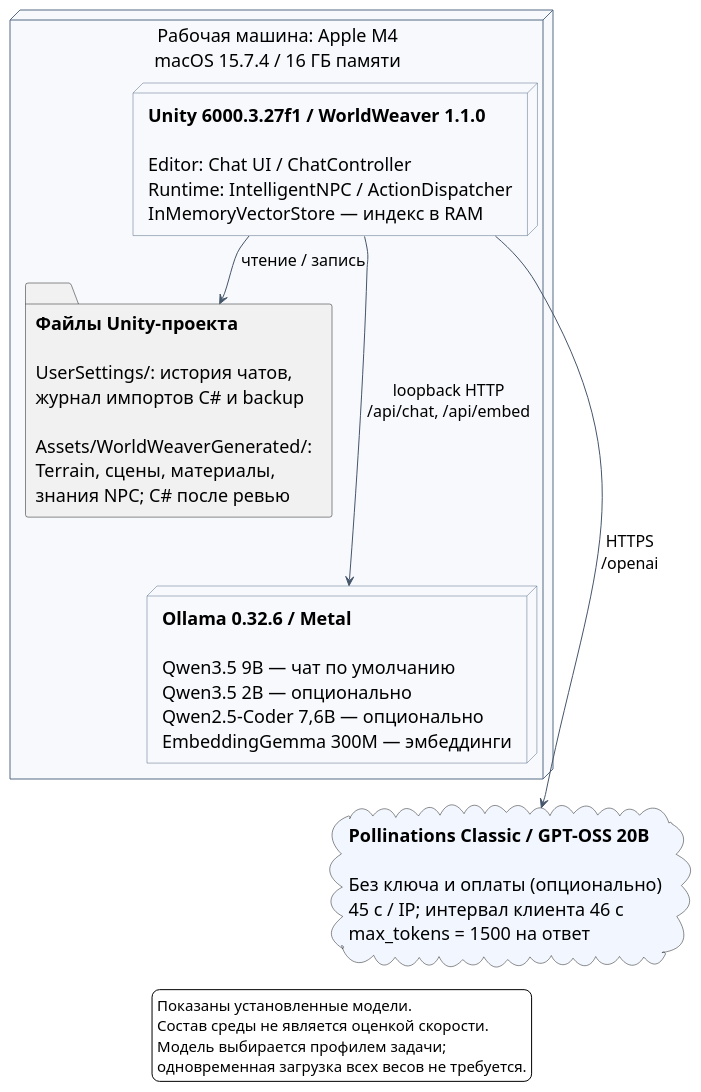
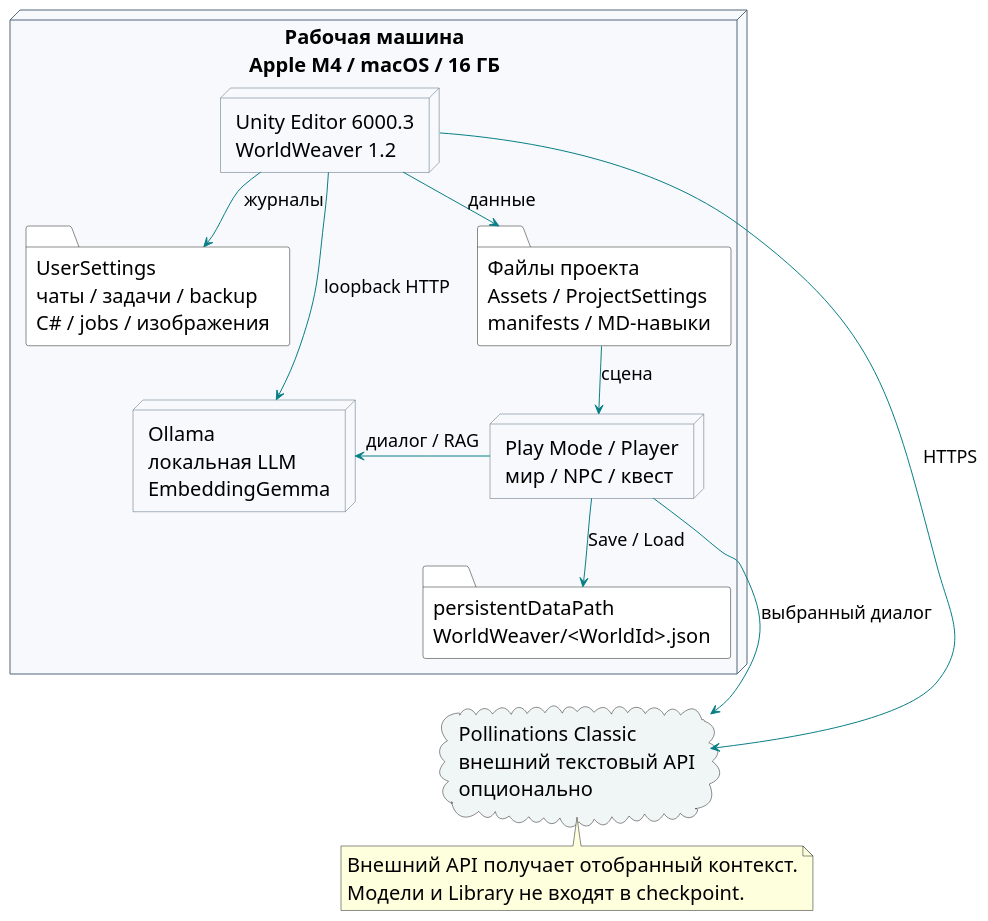
Before and after one commit to saslekawaiii/scenepilot-unity: the diagram in docs/uml/deployment.puml, drawn with PlantUML. The commit also changed 613 other files, not shown here.

First line of the commit message:
Implement WorldWeaver 1.2 agent, gameplay and model connections

```diff
--- a/docs/uml/deployment.puml
+++ b/docs/uml/deployment.puml
@@ -1,37 +1,39 @@
 @startuml
-' Current physical deployment; the previous runtime 1.0 figure has an archived manifest.
 skinparam defaultFontName Arial
-skinparam defaultFontSize 18
+skinparam defaultFontSize 20
+skinparam ArrowFontSize 18
 skinparam shadowing false
-skinparam backgroundColor white
+skinparam ArrowColor #087F86
 skinparam nodesep 20
-skinparam ranksep 24
-skinparam ArrowColor #45556A
-skinparam ArrowFontSize 16
-skinparam nodeFontStyle plain
+skinparam ranksep 28
 skinparam nodeBackgroundColor #F7F9FC
-skinparam nodeBorderColor #566B85
-skinparam cloudBackgroundColor #F2F7FF
-skinparam legendFontSize 15
+skinparam nodeBorderColor #52677A
+skinparam folderBackgroundColor white
+skinparam cloudBackgroundColor #F0F6F5
 top to bottom direction
-
-node "Рабочая машина: Apple M4\nmacOS 15.7.4 / 16 ГБ памяти" as Host {
-  node "<b>Unity 6000.3.27f1 / WorldWeaver 1.1.0</b>\n\nEditor: Chat UI / ChatController\nRuntime: IntelligentNPC / ActionDispatcher\nInMemoryVectorStore — индекс в RAM" as Unity
-  folder "<b>Файлы Unity-проекта</b>\n\nUserSettings/: история чатов,\nжурнал импортов C# и backup\n\nAssets/WorldWeaverGenerated/:\nTerrain, сцены, материалы,\nзнания NPC; C# после ревью" as Files
-  node "<b>Ollama 0.32.6 / Metal</b>\n\nQwen3.5 9B — чат по умолчанию\nQwen3.5 2B — опционально\nQwen2.5-Coder 7,6B — опционально\nEmbeddingGemma 300M — эмбеддинги" as Ollama
-  Unity -down-> Files : чтение / запись
-  Unity -down-> Ollama : loopback HTTP\n/api/chat, /api/embed
-  Files -[hidden]down-> Ollama
+node "Рабочая машина\nApple M4 / macOS / 16 ГБ" as Host {
+ node "Unity Editor 6000.3\nWorldWeaver 1.2" as Editor
+ folder "UserSettings\nчаты / задачи / backup\nC# / jobs / изображения" as State
+ folder "Файлы проекта\nAssets / ProjectSettings\nmanifests / MD-навыки" as Project
+ node "Ollama\nлокальная LLM\nEmbeddingGemma" as Ollama
+ node "Play Mode / Player\nмир / NPC / квест" as Game
+ folder "persistentDataPath\nWorldWeaver/<WorldId>.json" as Save
+ Editor -down-> State : журналы
+ Editor -down-> Project : данные
+ State -[hidden]right-> Project
+ State -[hidden]down-> Ollama
+ Project -down-> Game : сцена
+ Ollama -[hidden]right-> Game
+ Editor --> Ollama : loopback HTTP
+ Game -left-> Ollama : диалог / RAG
+ Game -down-> Save : Save / Load
 }
-
-cloud "<b>Pollinations Classic / GPT-OSS 20B</b>\n\nБез ключа и оплаты (опционально)\n45 с / IP; интервал клиента 46 с\nmax_tokens = 1500 на ответ" as Classic
-Unity -down-> Classic : HTTPS\n/openai
-Ollama -[hidden]down-> Classic
-
-legend bottom
-Показаны установленные модели.
-Состав среды не является оценкой скорости.
-Модель выбирается профилем задачи;
-одновременная загрузка всех весов не требуется.
-endlegend
+cloud "Pollinations Classic\nвнешний текстовый API\nопционально" as Cloud
+Save -[hidden]down-> Cloud
+Editor -[norank]-> Cloud : HTTPS
+Game -[norank]-> Cloud : выбранный диалог
+note bottom of Cloud
+ Внешний API получает отобранный контекст.
+ Модели и Library не входят в checkpoint.
+end note
 @enduml
```
